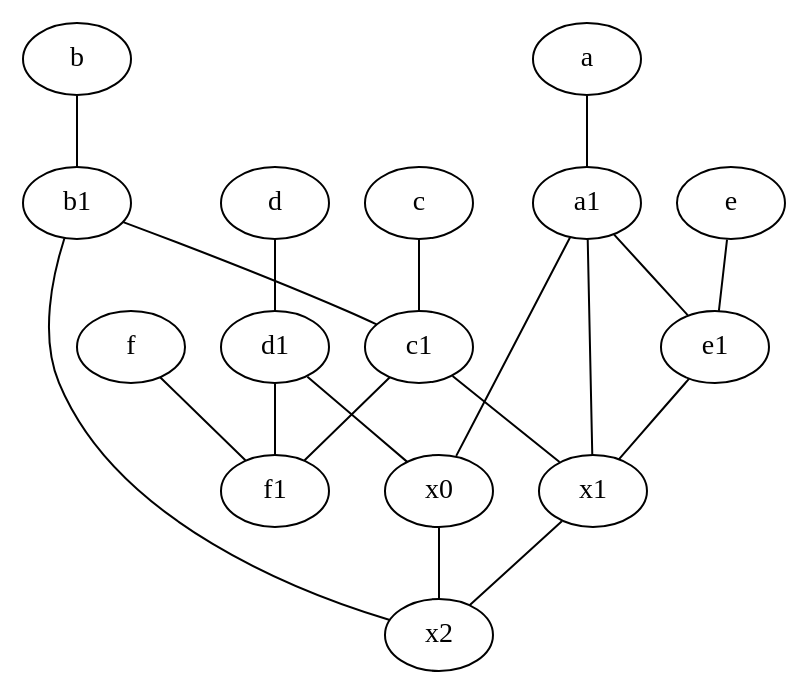
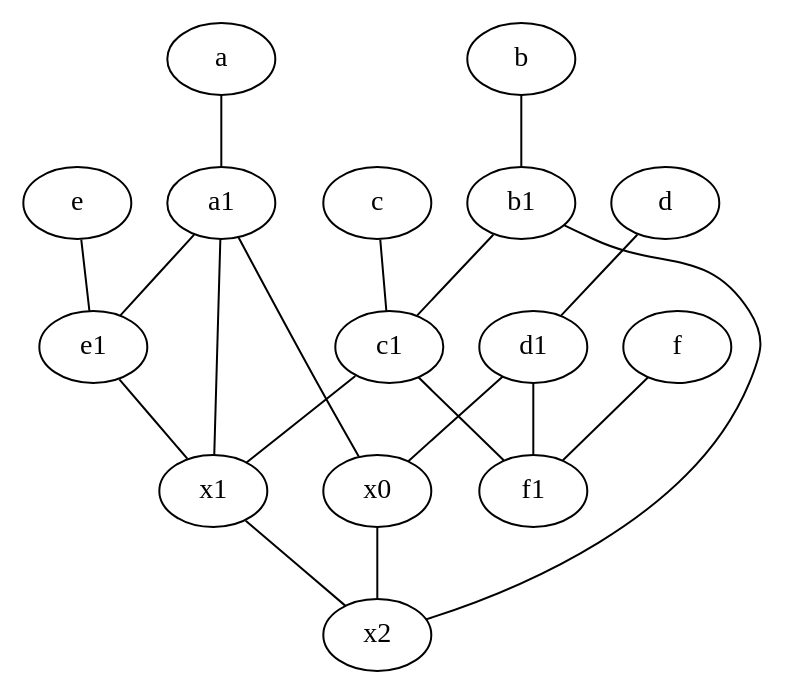
Before and after one commit to anisabnis/graph_inference: the diagram in results_distance/columbus/inf.dot, drawn with Graphviz. The commit also changed other lines of this file and 5598 other files, not shown here.

```diff
--- a/results_distance/columbus/inf.dot
+++ b/results_distance/columbus/inf.dot
@@ -1,36 +1,36 @@
 graph {
 	node [labelfontsize=50]
+	f1 [labelfontsize=50 pos="3,8!"]
+	d [labelfontsize=50 pos="2,5!"]
+	e [labelfontsize=50 pos="7,9!"]
 	d1 [labelfontsize=50 pos="3,5!"]
+	c [labelfontsize=50 pos="4.5,2!"]
+	e1 [labelfontsize=50 pos="7,7!"]
+	a [labelfontsize=50 pos="8,2!"]
+	a1 [labelfontsize=50 pos="8,3!"]
+	b [labelfontsize=50 pos="10,4!"]
 	b1 [labelfontsize=50 pos="9,4!"]
 	x1 [labelfontsize=50]
-	c [labelfontsize=50 pos="4.5,2!"]
+	c1 [labelfontsize=50 pos="4.5,3!"]
 	x0 [labelfontsize=50]
-	c1 [labelfontsize=50 pos="4.5,3!"]
-	f1 [labelfontsize=50 pos="3,8!"]
-	e [labelfontsize=50 pos="7,9!"]
-	e1 [labelfontsize=50 pos="7,7!"]
-	a1 [labelfontsize=50 pos="8,3!"]
-	b [labelfontsize=50 pos="10,4!"]
+	x2 [labelfontsize=50]
 	f [labelfontsize=50 pos="3,9!"]
-	d [labelfontsize=50 pos="2,5!"]
-	a [labelfontsize=50 pos="8,2!"]
-	x2 [labelfontsize=50]
+	a1 -- e1
+	b -- b1
+	c1 -- f1
+	b1 -- c1
+	c1 -- x1
+	a -- a1
 	a1 -- x1
-	a -- a1
+	x0 -- x2
+	b1 -- x2
 	d1 -- f1
-	c1 -- x1
-	c1 -- f1
+	d1 -- x0
+	d -- d1
+	c -- c1
 	f -- f1
-	a1 -- e1
-	c -- c1
-	d -- d1
-	b -- b1
+	a1 -- x0
 	e1 -- x1
-	b1 -- c1
-	a1 -- x0
-	x0 -- x2
-	d1 -- x0
-	b1 -- x2
+	e -- e1
 	x1 -- x2
-	e -- e1
 }
```
